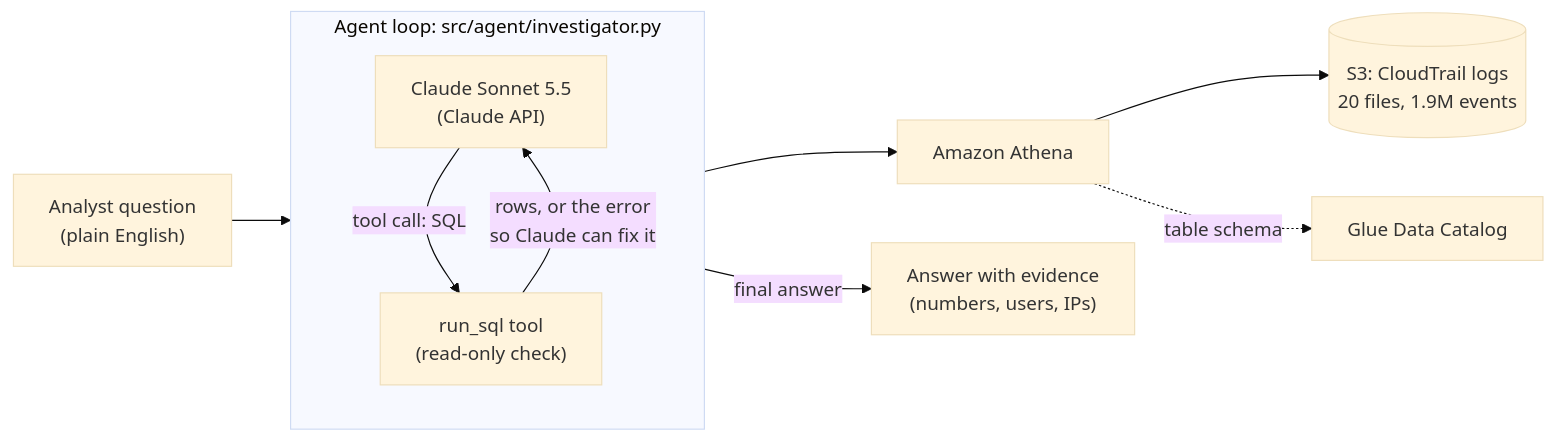
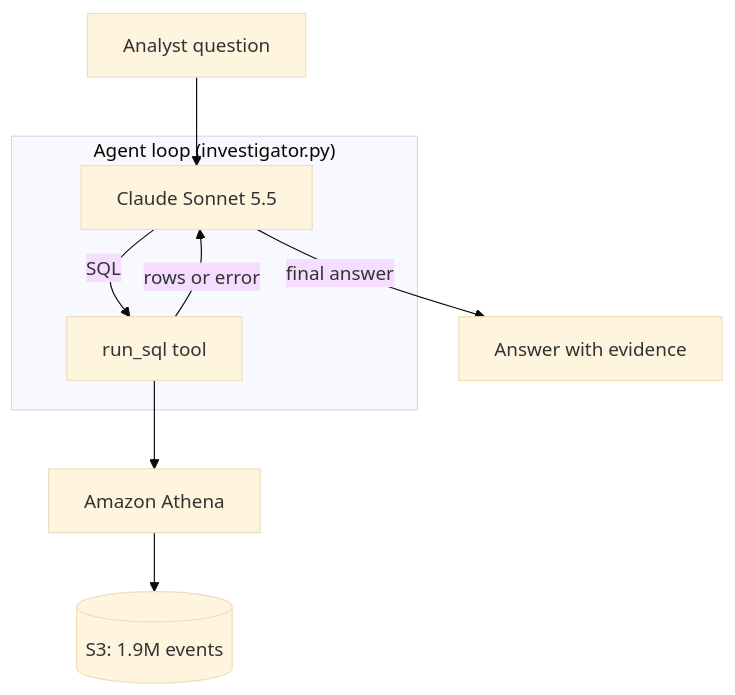
One commit to Iditc/cloudtrail-ai-investigator changed the first of 2 diagrams in README.md. Above: the diagram before and after it, drawn with Mermaid (base theme).

Commit message:
README: clearer architecture diagram

````diff
--- a/README.md
+++ b/README.md
@@ -58,15 +58,13 @@
 ```mermaid
-flowchart LR
-    Q["Analyst question<br/>(plain English)"] --> C
+flowchart TB
+    Q["Analyst question"] --> C
 
-    subgraph LOOP["Agent loop: src/agent/investigator.py"]
-        direction TB
-        C["Claude Sonnet 5.5<br/>(Claude API)"] -- "tool call: SQL" --> T["run_sql tool<br/>(read-only check)"]
-        T -- "rows, or the error<br/>so Claude can fix it" --> C
+    subgraph LOOP["Agent loop (investigator.py)"]
+        C["Claude Sonnet 5.5"] -- "SQL" --> T["run_sql tool"]
+        T -- "rows or error" --> C
     end
 
     T --> ATH["Amazon Athena"]
-    ATH --> S3[("S3: CloudTrail logs<br/>20 files, 1.9M events")]
-    ATH -. "table schema" .-> GLUE["Glue Data Catalog"]
-    C -- "final answer" --> A["Answer with evidence<br/>(numbers, users, IPs)"]
+    ATH --> S3[("S3: 1.9M events")]
+    C -- "final answer" --> A["Answer with evidence"]
 ```
````
